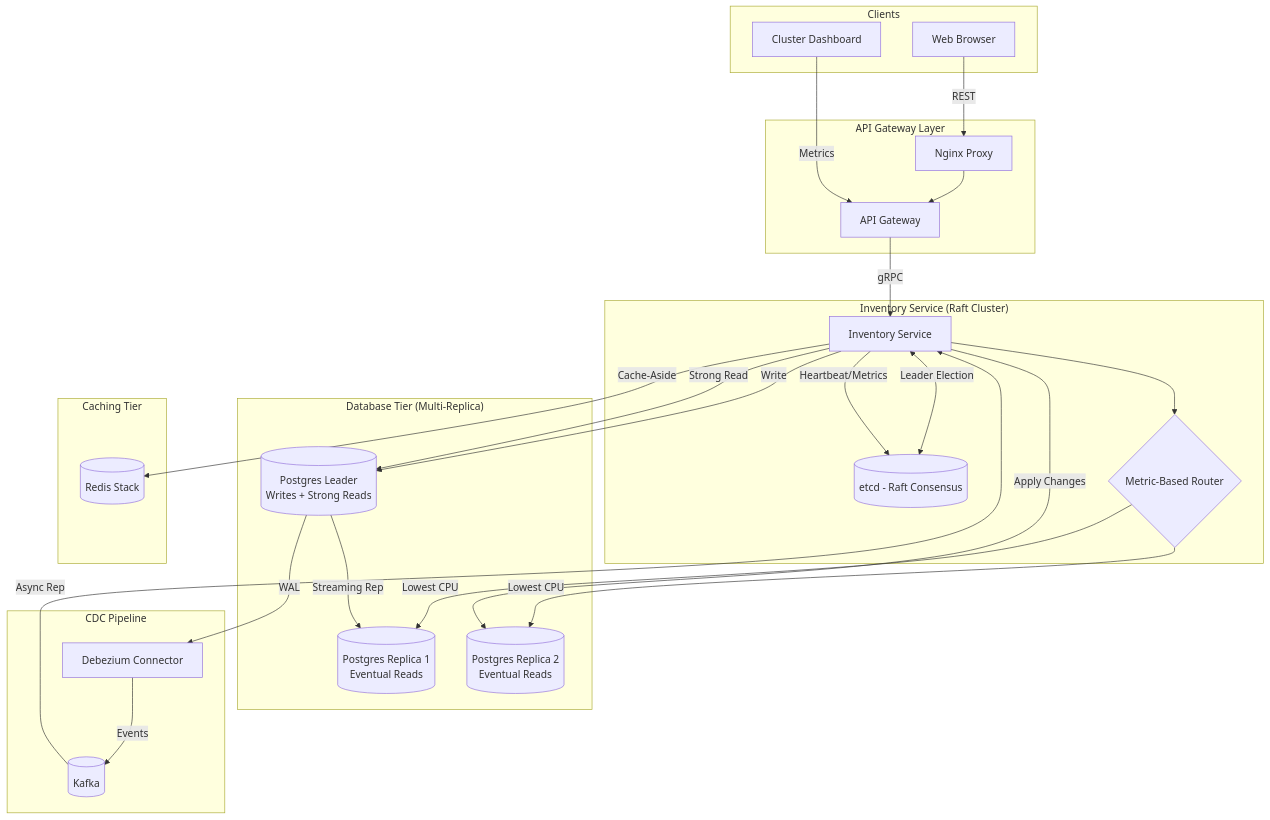
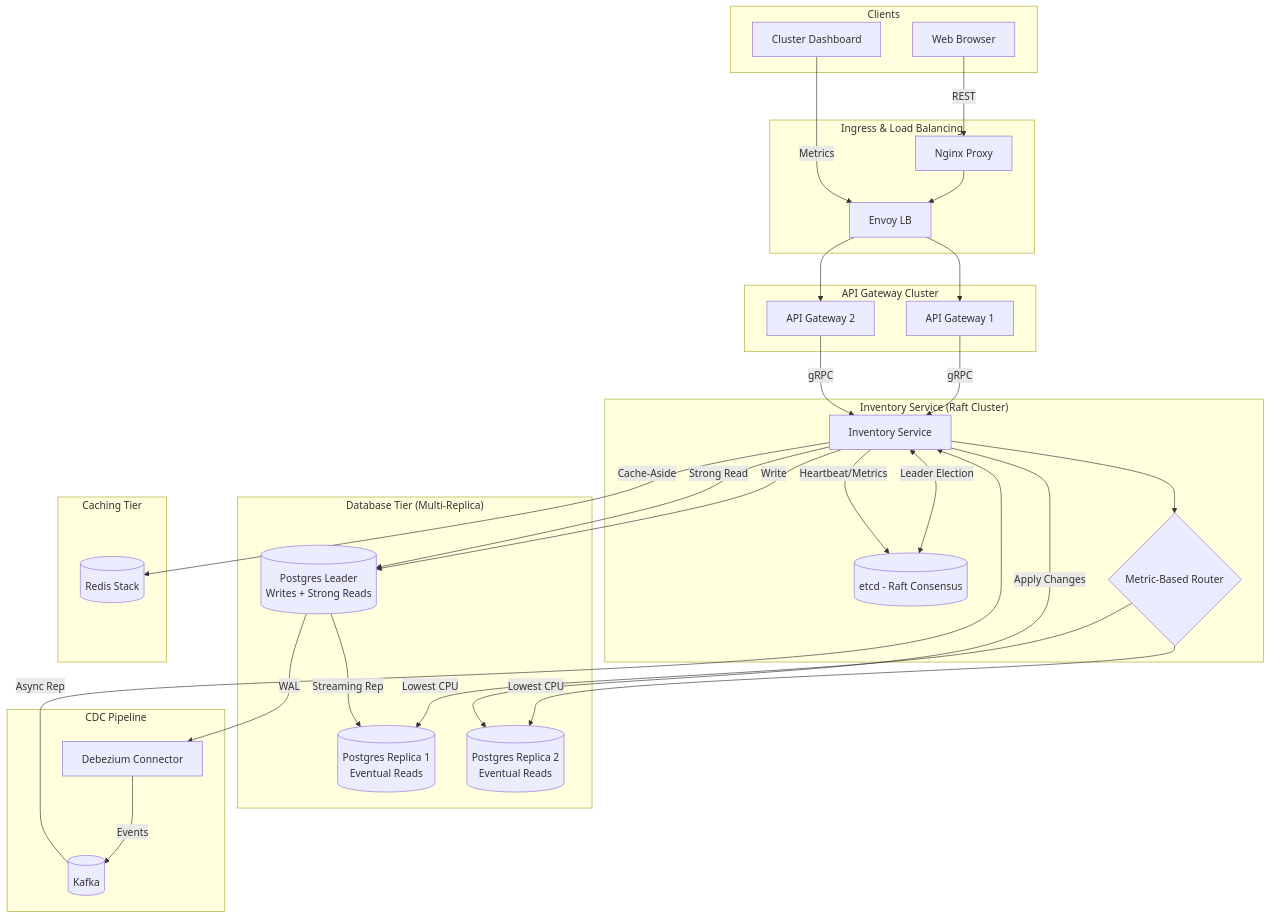
One commit to sairam0424/gRPC-micro-services changed the diagram in order-processing-system/README.md. Above: the diagram before and after it, drawn with Mermaid. The commit also changed other lines of this file and 6 other files, not shown here.

Commit message:
feat: Introduce Envoy proxy for API Gateway load balancing and scale API Gateway to multiple instances.

````diff
--- a/order-processing-system/README.md
+++ b/order-processing-system/README.md
@@ -25,59 +35,67 @@
 ```mermaid
 flowchart TD
     subgraph "Clients"
         Client[Web Browser]
         Dashboard[Cluster Dashboard]
     end
 
-    subgraph "API Gateway Layer"
+    subgraph "Ingress & Load Balancing"
         Proxy[Nginx Proxy]
-        Gateway[API Gateway]
+        Envoy[Envoy LB]
+    end
+
+    subgraph "API Gateway Cluster"
+        GW1[API Gateway 1]
+        GW2[API Gateway 2]
     end
 
     subgraph "Inventory Service (Raft Cluster)"
         Inventory[Inventory Service]
         ETCD[(etcd - Raft Consensus)]
         MetricsRouter{Metric-Based Router}
     end
 
     subgraph "Database Tier (Multi-Replica)"
         LeaderDB[(Postgres Leader\nWrites + Strong Reads)]
         Replica1[(Postgres Replica 1\nEventual Reads)]
         Replica2[(Postgres Replica 2\nEventual Reads)]
     end
 
     subgraph "CDC Pipeline"
         Debezium[Debezium Connector]
         Kafka[(Kafka)]
     end
 
     subgraph "Caching Tier"
         Redis[(Redis Stack)]
     end
 
     %% Flow
     Client -->|REST| Proxy
-    Proxy --> Gateway
-    Gateway -->|gRPC| Inventory
-    Dashboard -->|Metrics| Gateway
+    Proxy --> Envoy
+    Envoy --> GW1
+    Envoy --> GW2
+    GW1 -->|gRPC| Inventory
+    GW2 -->|gRPC| Inventory
+    Dashboard -->|Metrics| Envoy
     
     Inventory -->|Write| LeaderDB
     Inventory -->|Strong Read| LeaderDB
     Inventory --> MetricsRouter
     MetricsRouter -->|Lowest CPU| Replica1
     MetricsRouter -->|Lowest CPU| Replica2
 
     %% Raft & Consensus
     Inventory <-->|Leader Election| ETCD
     Inventory -->|Heartbeat/Metrics| ETCD
 
     %% Replication & CDC
     LeaderDB -->|Streaming Rep| Replica1
     LeaderDB -->|WAL| Debezium
     Debezium -->|Events| Kafka
     Kafka -->|Async Rep| Inventory
     Inventory -->|Apply Changes| Replica2
     
     %% Caching
     Inventory -->|Cache-Aside| Redis
 ```
````
